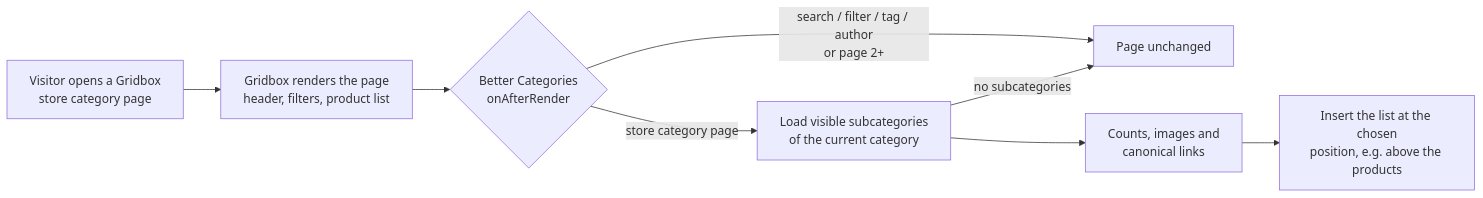
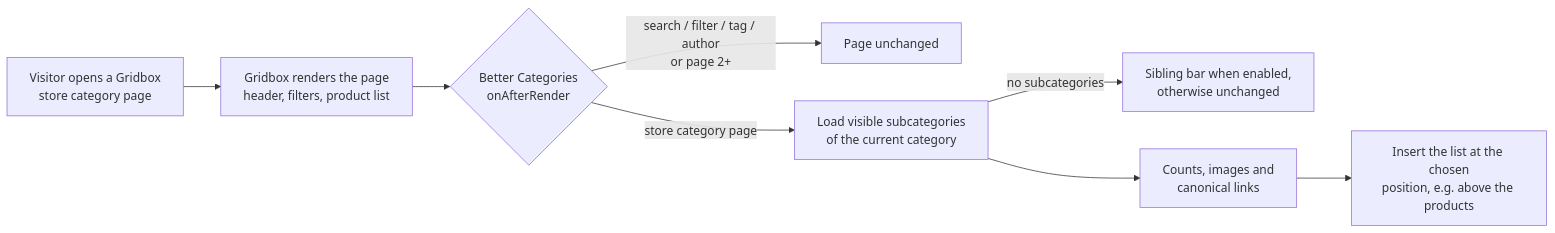
One commit to merserwis/plg_system_bettercategories changed the diagram in README.md. Above: the diagram before and after it, drawn with Mermaid. The commit also changed other lines of this file and 6 other files, not shown here.

````diff
--- a/README.md
+++ b/README.md
@@ -34,10 +38,10 @@
 ```mermaid
 flowchart LR
     A[Visitor opens a Gridbox<br/>store category page] --> B[Gridbox renders the page<br/>header, filters, product list]
     B --> C{Better Categories<br/>onAfterRender}
     C -->|search / filter / tag / author<br/>or page 2+| G[Page unchanged]
     C -->|store category page| D[Load visible subcategories<br/>of the current category]
-    D -->|no subcategories| G
+    D -->|no subcategories| H[Sibling bar when enabled,<br/>otherwise unchanged]
     D --> E[Counts, images and<br/>canonical links]
     E --> F[Insert the list at the chosen<br/>position, e.g. above the products]
 ```
````
